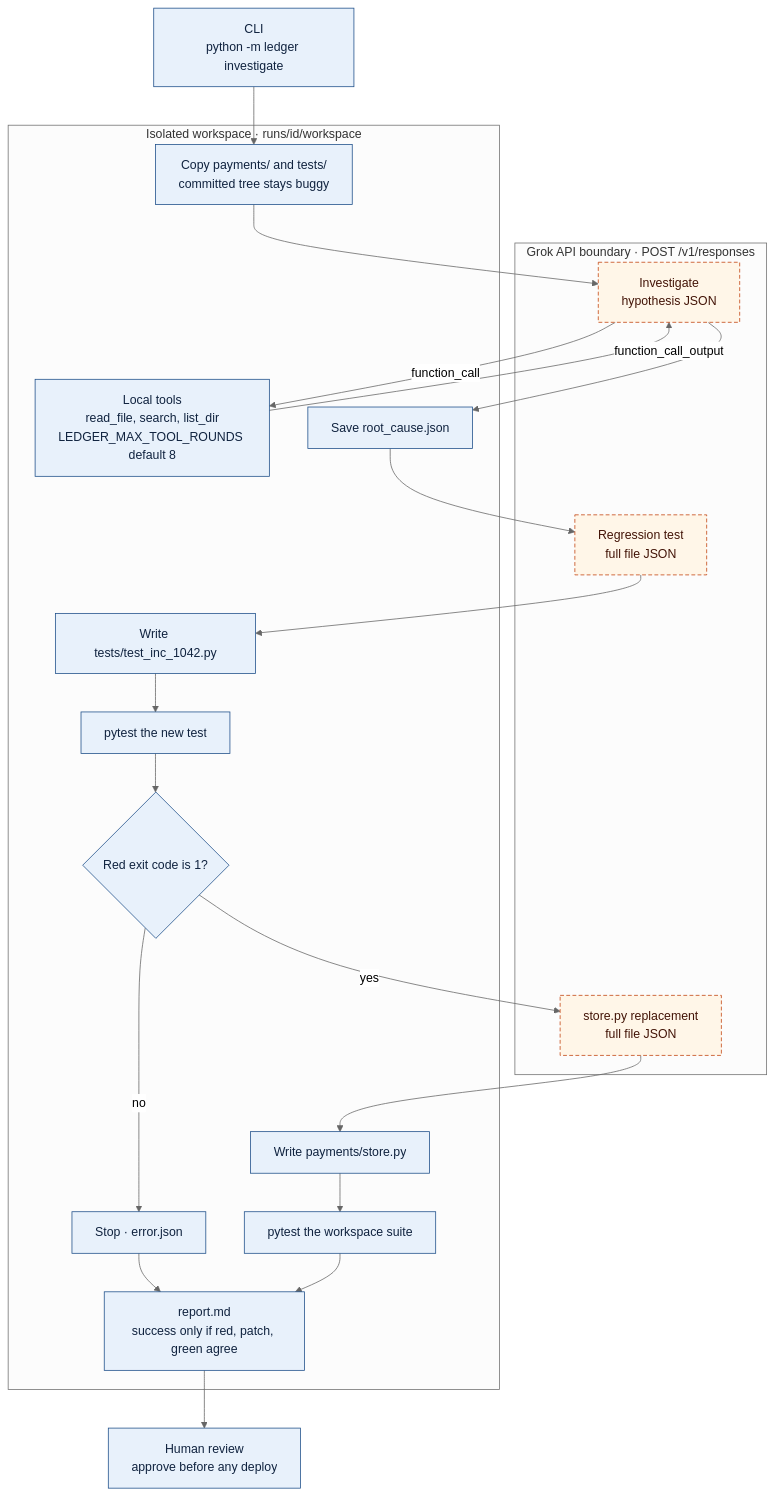
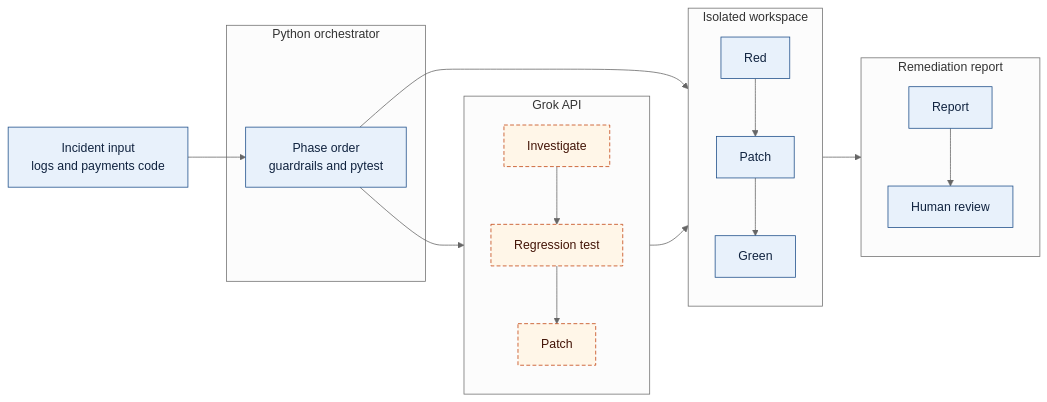
Before and after one commit to Kashish-1010/incident-remediation-agent-grok: the diagram in docs/architecture.md, drawn with Mermaid (neutral theme). The commit also changed other lines of this file, not shown here.

Commit message:
Simplify the architecture diagram for a 30-second walkthrough.
Left-to-right groups cover input, the Python orchestrator, Grok's three tasks, red-patch-green, and human review.

````diff
--- a/docs/architecture.md
+++ b/docs/architecture.md
@@ -7,38 +7,42 @@
 ```mermaid
-flowchart TD
-  cli["CLI<br/>python -m ledger investigate"]
+flowchart LR
+  inc["Incident input<br/>logs and payments code"]
 
-  subgraph ws["Isolated workspace · runs/id/workspace"]
-    ingest["Copy payments/ and tests/<br/>committed tree stays buggy"]
-    tools["Local tools<br/>read_file, search, list_dir<br/>LEDGER_MAX_TOOL_ROUNDS default 8"]
-    root["Save root_cause.json"]
-    writeTest["Write tests/test_inc_1042.py"]
-    red["pytest the new test"]
-    gate{"Red exit code is 1?"}
-    writeStore["Write payments/store.py"]
-    green["pytest the workspace suite"]
-    stop["Stop · error.json"]
-    report["report.md<br/>success only if red, patch, green agree"]
+  subgraph orch["Python orchestrator"]
+    own["Phase order<br/>guardrails and pytest"]
   end
 
-  subgraph api["Grok API boundary · POST /v1/responses"]
-    reason["Investigate<br/>hypothesis JSON"]
-    testCall["Regression test<br/>full file JSON"]
-    patchCall["store.py replacement<br/>full file JSON"]
+  subgraph api["Grok API"]
+    direction TB
+    investigate["Investigate"]
+    testgen["Regression test"]
+    patchgen["Patch"]
   end
 
-  human["Human review<br/>approve before any deploy"]
+  subgraph ws["Isolated workspace"]
+    direction TB
+    red["Red"]
+    patch["Patch"]
+    green["Green"]
+    red --> patch --> green
+  end
 
-  cli --> ingest --> reason
-  reason -->|function_call| tools
-  tools -->|function_call_output| reason
-  reason --> root --> testCall --> writeTest --> red --> gate
-  gate -->|no| stop --> report
-  gate -->|yes| patchCall --> writeStore --> green --> report
-  report --> human
+  subgraph review["Remediation report"]
+    direction TB
+    report["Report"]
+    human["Human review"]
+    report --> human
+  end
 
-  class cli,ingest,tools,root,writeTest,red,gate,writeStore,green,stop,report,human code
-  class reason,testCall,patchCall grok
-  classDef code fill:#e8f1fb,stroke:#1d4e89,color:#10233f
+  inc --> own
+  own --> investigate
+  investigate --> testgen --> patchgen
+  own --> red
+  patchgen --> patch
+  green --> report
+
+  class inc,own,red,patch,green,report,human py
+  class investigate,testgen,patchgen grok
+  classDef py fill:#e8f1fb,stroke:#1d4e89,color:#10233f
   classDef grok fill:#fff6e8,stroke:#c2410c,color:#431407,stroke-dasharray: 5 3
 ```
````
